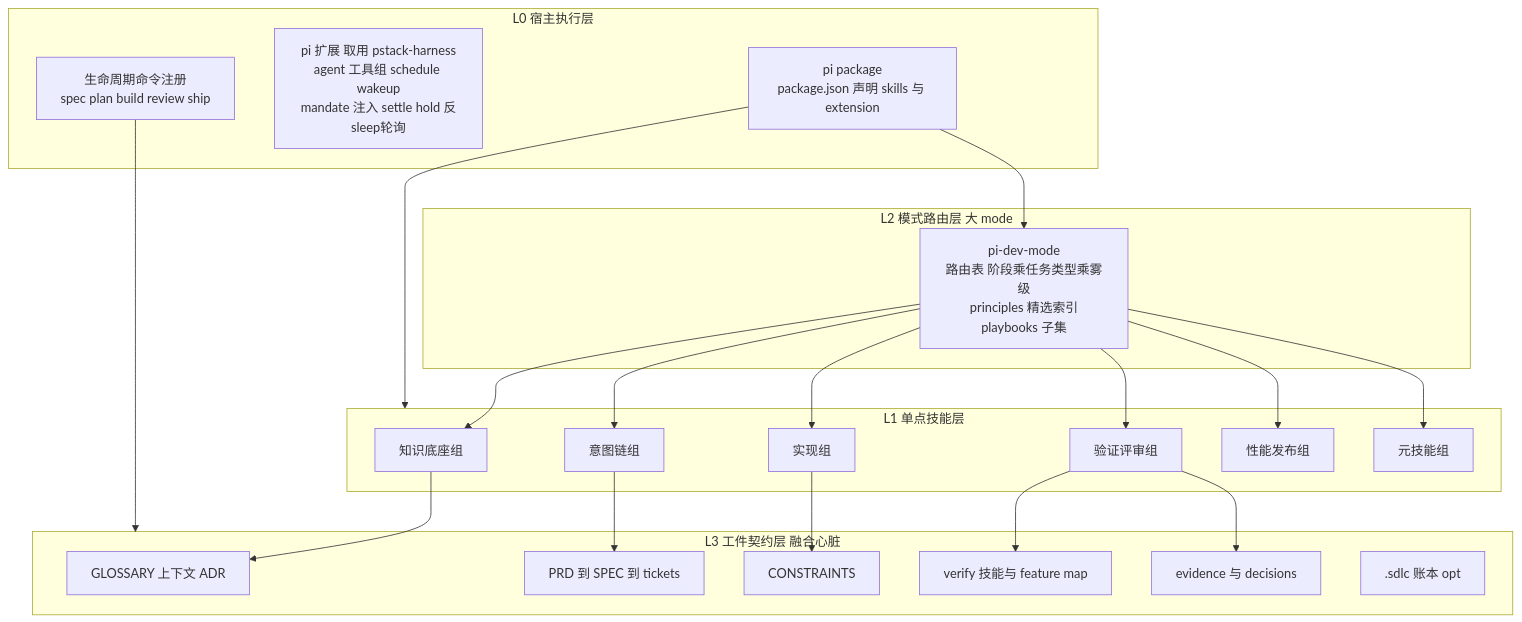
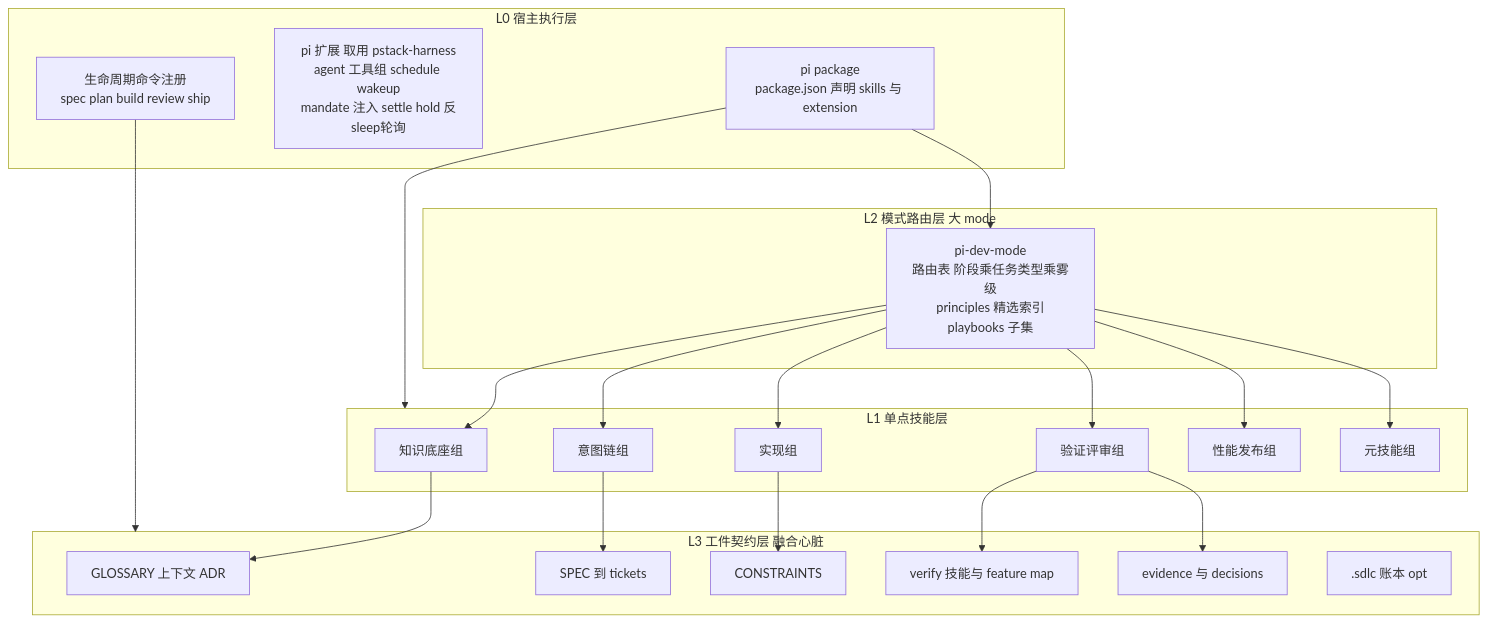
One commit to ariesfish/pi-dev-mode changed the diagram in docs/02-fusion-architecture.md. Above: the diagram before and after it, drawn with Mermaid. The commit also changed other lines of this file and 3 other files, not shown here.

````diff
--- a/docs/02-fusion-architecture.md
+++ b/docs/02-fusion-architecture.md
@@ -19,41 +19,41 @@
 ```mermaid
 flowchart TB
     subgraph L0["L0 宿主执行层 "]
         PI["pi package<br/>package.json 声明 skills 与 extension"]
         EXT["pi 扩展 取用 pstack-harness<br/>agent 工具组 schedule wakeup<br/>mandate 注入 settle hold 反sleep轮询"]
         CMD["生命周期命令注册<br/>spec plan build review ship"]
     end
     subgraph L2["L2 模式路由层 大 mode"]
         MODE["pi-dev-mode<br/>路由表 阶段乘任务类型乘雾级<br/>principles 精选索引<br/>playbooks 子集"]
     end
     subgraph L1["L1 单点技能层"]
         S1["知识底座组"]
         S2["意图链组"]
         S3["实现组"]
         S4["验证评审组"]
         S5["性能发布组"]
         S6["元技能组"]
     end
     subgraph L3["L3 工件契约层 融合心脏"]
         A1["GLOSSARY 上下文 ADR"]
-        A2["PRD 到 SPEC 到 tickets"]
+        A2["SPEC 到 tickets"]
         A3["CONSTRAINTS"]
         A4["verify 技能与 feature map"]
         A5["evidence 与 decisions"]
         A6[".sdlc 账本 opt"]
     end
     PI --> MODE
     PI --> L1
     MODE --> S1
     MODE --> S2
     MODE --> S3
     MODE --> S4
     MODE --> S5
     MODE --> S6
     S1 --> A1
     S2 --> A2
     S3 --> A3
     S4 --> A4
     S4 --> A5
     CMD --> L3
 ```
````
